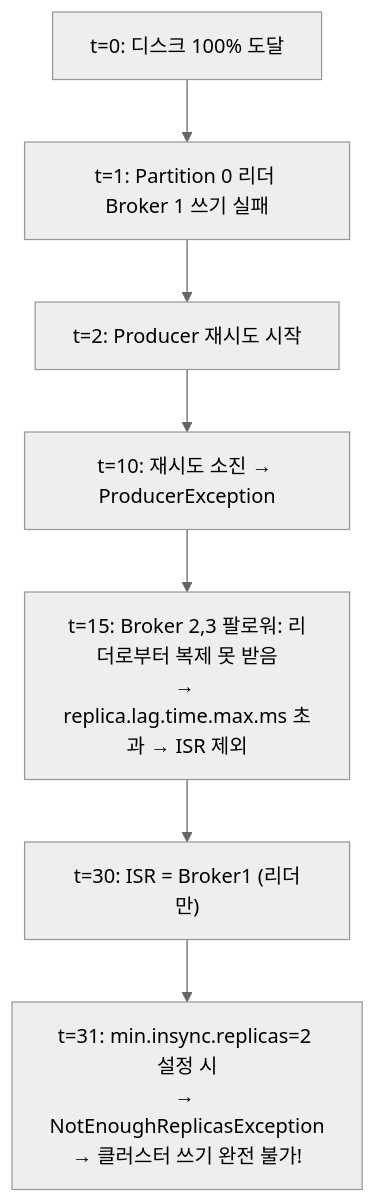
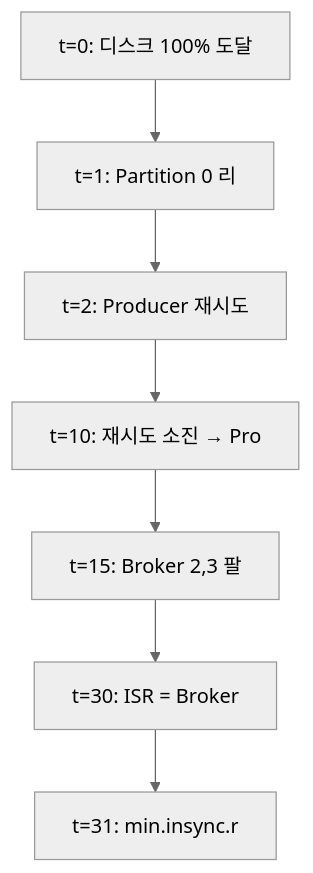
Before and after one commit to yjkim2015/yjkim2015.github.io: diagram 11 of 21 in _posts/kafka/2026-05-01-kafka-extreme-scenarios.md, drawn with Mermaid (neutral theme). The commit also changed other lines of this file and 271 other files, not shown here.

First line of the commit message:
Mermaid 라벨 축소: 긴 노드 텍스트 18자 이하로 트림 + \n 제거

````diff
--- a/_posts/kafka/2026-05-01-kafka-extreme-scenarios.md
+++ b/_posts/kafka/2026-05-01-kafka-extreme-scenarios.md
@@ -289,11 +289,11 @@
 ```mermaid
 graph TD
     T0["t=0: 디스크 100% 도달"]
-    T1["t=1: Partition 0 리더 Broker 1 쓰기 실패"]
-    T2["t=2: Producer 재시도 시작"]
-    T10["t=10: 재시도 소진 → ProducerException"]
-    T15["t=15: Broker 2,3 팔로워: 리더로부터 복제 못 받음\n→ replica.lag.time.max.ms 초과 → ISR 제외"]
-    T30["t=30: ISR = Broker1 (리더만)"]
-    T31["t=31: min.insync.replicas=2 설정 시\n→ NotEnoughReplicasException\n→ 클러스터 쓰기 완전 불가!"]
+    T1["t=1: Partition 0 리"]
+    T2["t=2: Producer 재시도"]
+    T10["t=10: 재시도 소진 → Pro"]
+    T15["t=15: Broker 2,3 팔"]
+    T30["t=30: ISR = Broker"]
+    T31["t=31: min.insync.r"]
     T0 --> T1 --> T2 --> T10 --> T15 --> T30 --> T31
 ```
````
